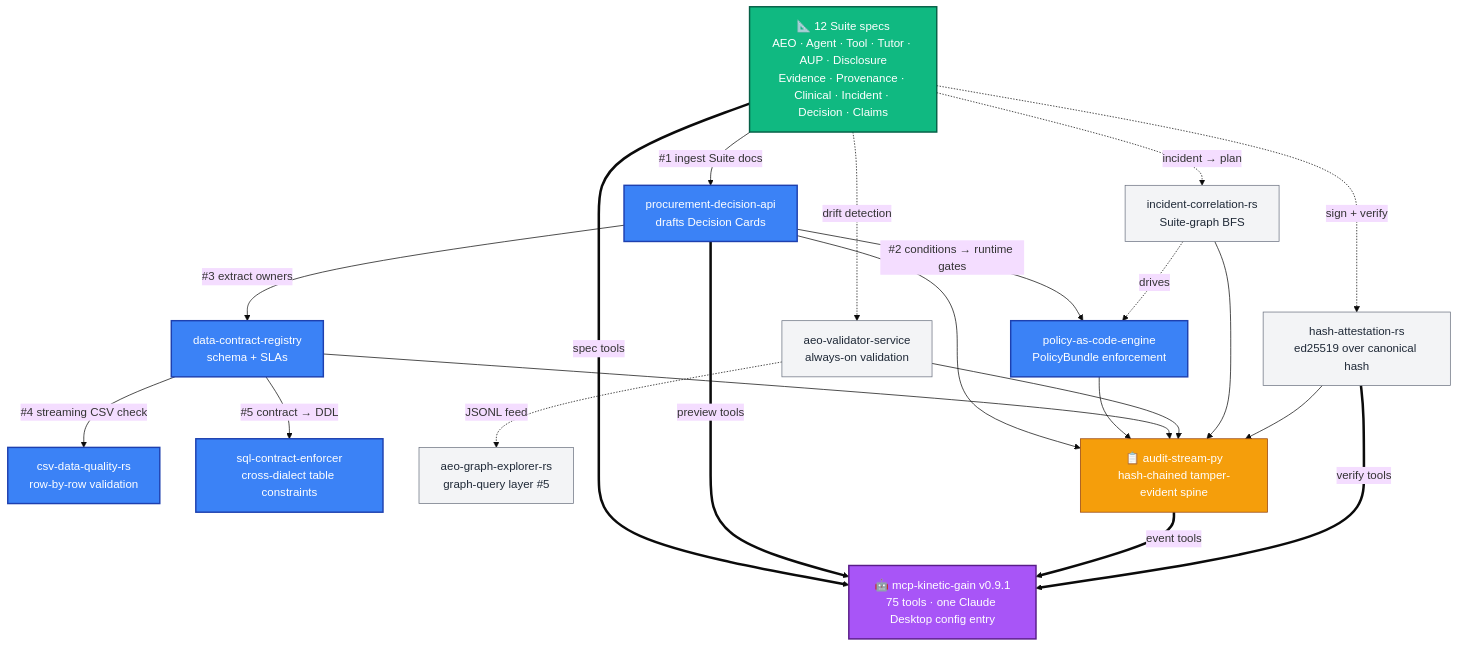
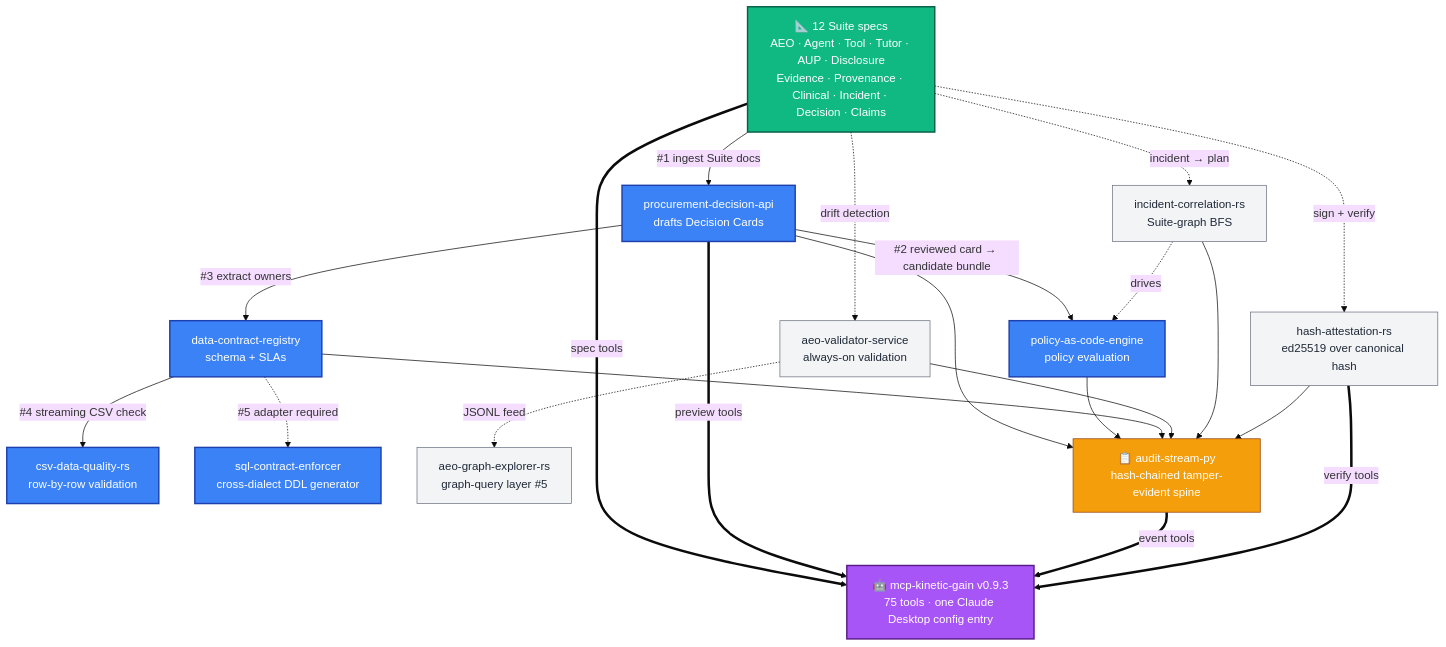
The first of 2 diagrams in README.md (mizcausevic-dev/kinetic-gain-protocol-suite), drawn with Mermaid (base theme) before and after one commit. The commit also changed other lines of this file and 4 other files, not shown here.

````diff
--- a/README.md
+++ b/README.md
@@ -132,36 +132,36 @@
 ```mermaid
 flowchart TB
     classDef spec fill:#10b981,stroke:#065f46,color:#fff,stroke-width:2px
     classDef hook fill:#3b82f6,stroke:#1e40af,color:#fff,stroke-width:2px
     classDef sup fill:#f3f4f6,stroke:#6b7280,color:#1f2937
     classDef stream fill:#f59e0b,stroke:#92400e,color:#fff
     classDef mcp fill:#a855f7,stroke:#581c87,color:#fff,stroke-width:2px
 
     SPECS["📐 12 Suite specs<br/>AEO · Agent · Tool · Tutor · AUP · Disclosure<br/>Evidence · Provenance · Clinical · Incident · Decision · Claims"]:::spec
 
     SPECS -->|"#1 ingest Suite docs"| PDA["procurement-decision-api<br/>drafts Decision Cards"]:::hook
-    PDA -->|"#2 conditions → runtime gates"| PAC["policy-as-code-engine<br/>PolicyBundle enforcement"]:::hook
+    PDA -->|"#2 reviewed card → candidate bundle"| PAC["policy-as-code-engine<br/>policy evaluation"]:::hook
     PDA -->|"#3 extract owners"| DCR["data-contract-registry<br/>schema + SLAs"]:::hook
     DCR -->|"#4 streaming CSV check"| CDQ["csv-data-quality-rs<br/>row-by-row validation"]:::hook
-    DCR -->|"#5 contract → DDL"| SCE["sql-contract-enforcer<br/>cross-dialect table constraints"]:::hook
+    DCR -.->|"#5 adapter required"| SCE["sql-contract-enforcer<br/>cross-dialect DDL generator"]:::hook
 
     SPECS -.->|sign + verify| HA["hash-attestation-rs<br/>ed25519 over canonical hash"]:::sup
     SPECS -.->|drift detection| AVS["aeo-validator-service<br/>always-on validation"]:::sup
     AVS -.->|JSONL feed| AGE["aeo-graph-explorer-rs<br/>graph-query layer #5"]:::sup
     SPECS -.->|incident → plan| ICR["incident-correlation-rs<br/>Suite-graph BFS"]:::sup
     ICR -.->|drives| PAC
 
     PDA --> AS
     PAC --> AS
     DCR --> AS
     AVS --> AS
     ICR --> AS
     HA --> AS
     AS["📋 audit-stream-py<br/>hash-chained tamper-evident spine"]:::stream
 
     SPECS ==>|spec tools| MCP
     PDA ==>|preview tools| MCP
     AS ==>|event tools| MCP
     HA ==>|verify tools| MCP
-    MCP["🤖 mcp-kinetic-gain v0.9.1<br/>75 tools · one Claude Desktop config entry"]:::mcp
+    MCP["🤖 mcp-kinetic-gain v0.9.3<br/>75 tools · one Claude Desktop config entry"]:::mcp
 ```
````
